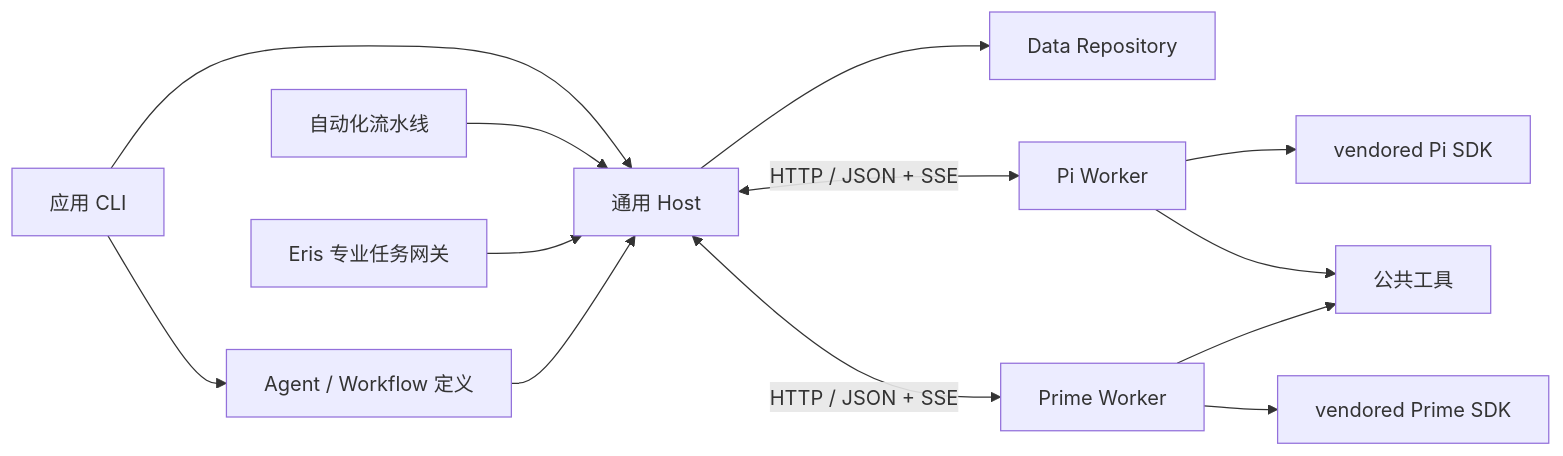
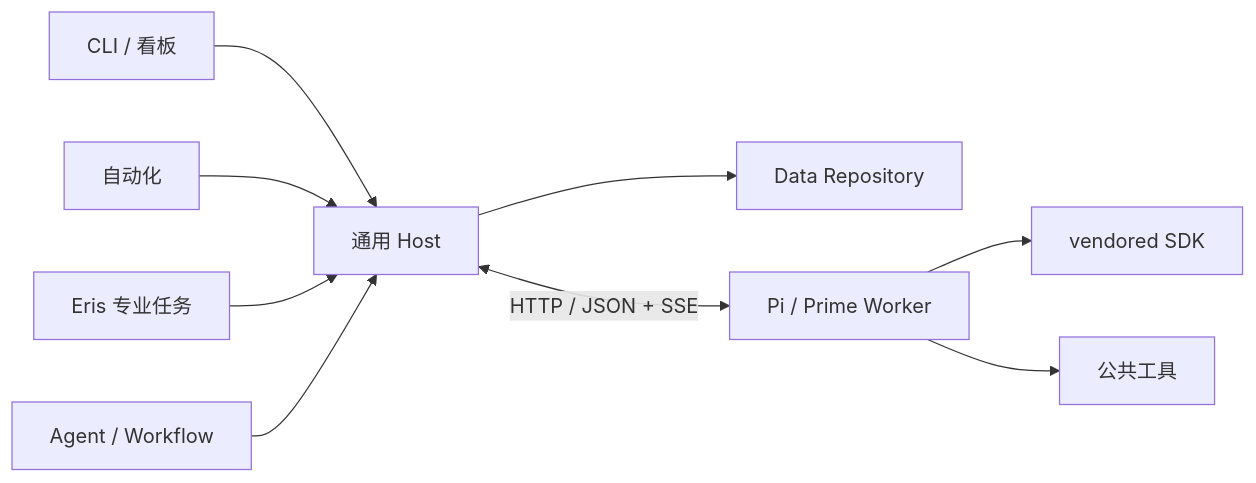
Before and after one commit to cmy-hhxx/agent_eval_harness: the diagram in docs/architecture.md, drawn with Mermaid. The commit also changed other lines of this file and 25 other files, not shown here.

````diff
--- a/docs/architecture.md
+++ b/docs/architecture.md
@@ -9,15 +9,11 @@
 ```mermaid
 flowchart LR
-  CLI[应用 CLI] --> Host[通用 Host]
-  Automations[自动化流水线] --> Host
-  Assistant[Eris 专业任务网关] --> Host
-  CLI --> Definitions[Agent / Workflow 定义]
-  Definitions --> Host
+  CLI[CLI / 看板] --> Host[通用 Host]
+  Automation[自动化] --> Host
+  Eris[Eris 专业任务] --> Host
+  Definitions[Agent / Workflow] --> Host
   Host --> Data[Data Repository]
-  Host <-->|HTTP / JSON + SSE| Pi[Pi Worker]
-  Host <-->|HTTP / JSON + SSE| Prime[Prime Worker]
-  Pi --> PiSDK[vendored Pi SDK]
-  Prime --> PrimeSDK[vendored Prime SDK]
-  Pi --> Tools[公共工具]
-  Prime --> Tools
+  Host <-->|HTTP / JSON + SSE| Worker[Pi / Prime Worker]
+  Worker --> SDK[vendored SDK]
+  Worker --> Tools[公共工具]
 ```
````
